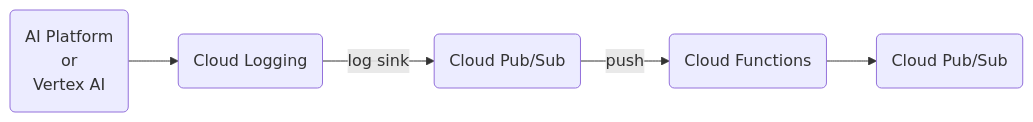
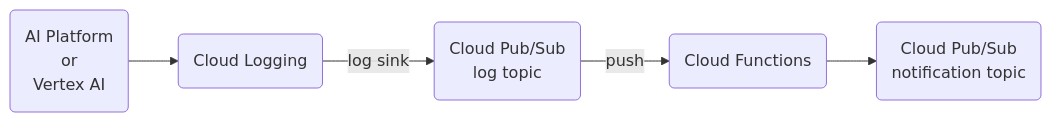
One commit to sfujiwara/terraform-google-ai-platform-notification changed the diagram in README.md. Above: the diagram before and after it, drawn with Mermaid.

Commit message:
fix mermaid graph

````diff
--- a/README.md
+++ b/README.md
@@ -16,7 +16,7 @@
 ```mermaid
 flowchart LR
   ai(AI Platform<br>or<br>Vertex AI) --> logging(Cloud Logging)
-  logging -- log sink --> pubsub1(Cloud Pub/Sub)
+  logging -- log sink --> pubsub1(Cloud Pub/Sub<br>log topic)
   pubsub1 -- push --> functions(Cloud Functions)
-  functions --> pubsub2(Cloud Pub/Sub)
+  functions --> pubsub2(Cloud Pub/Sub<br>notification topic)
 ```
````
